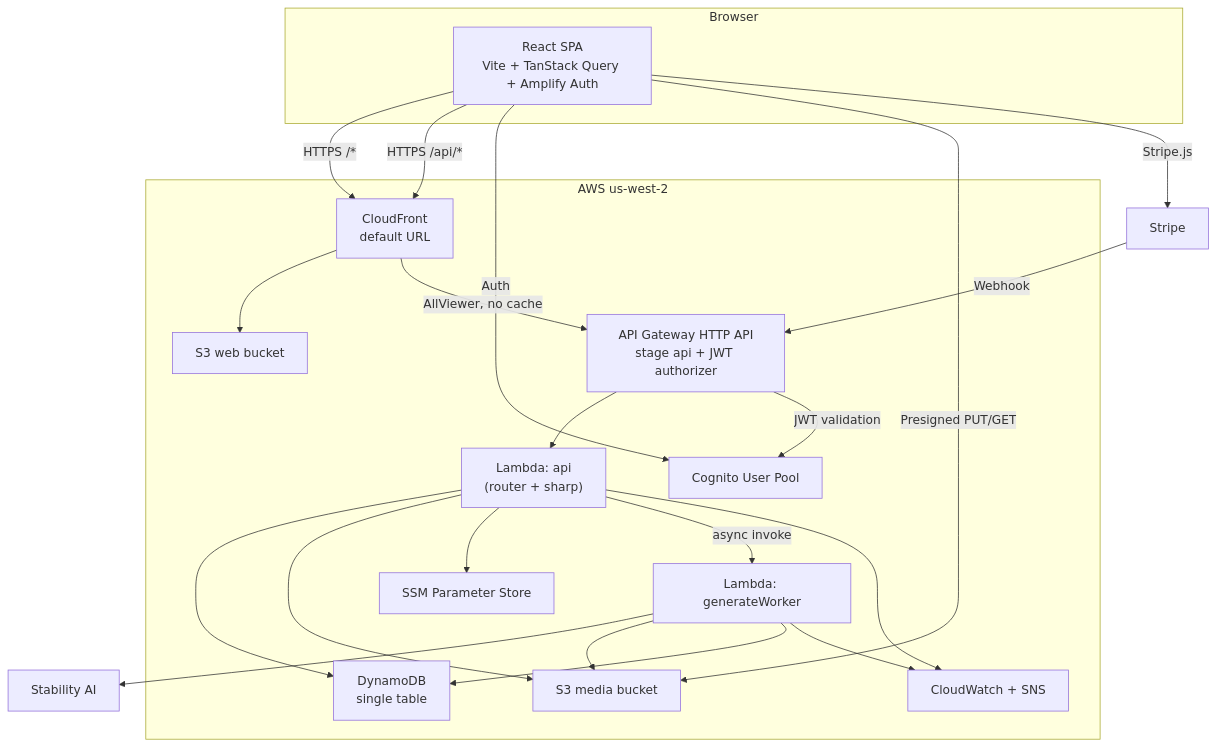
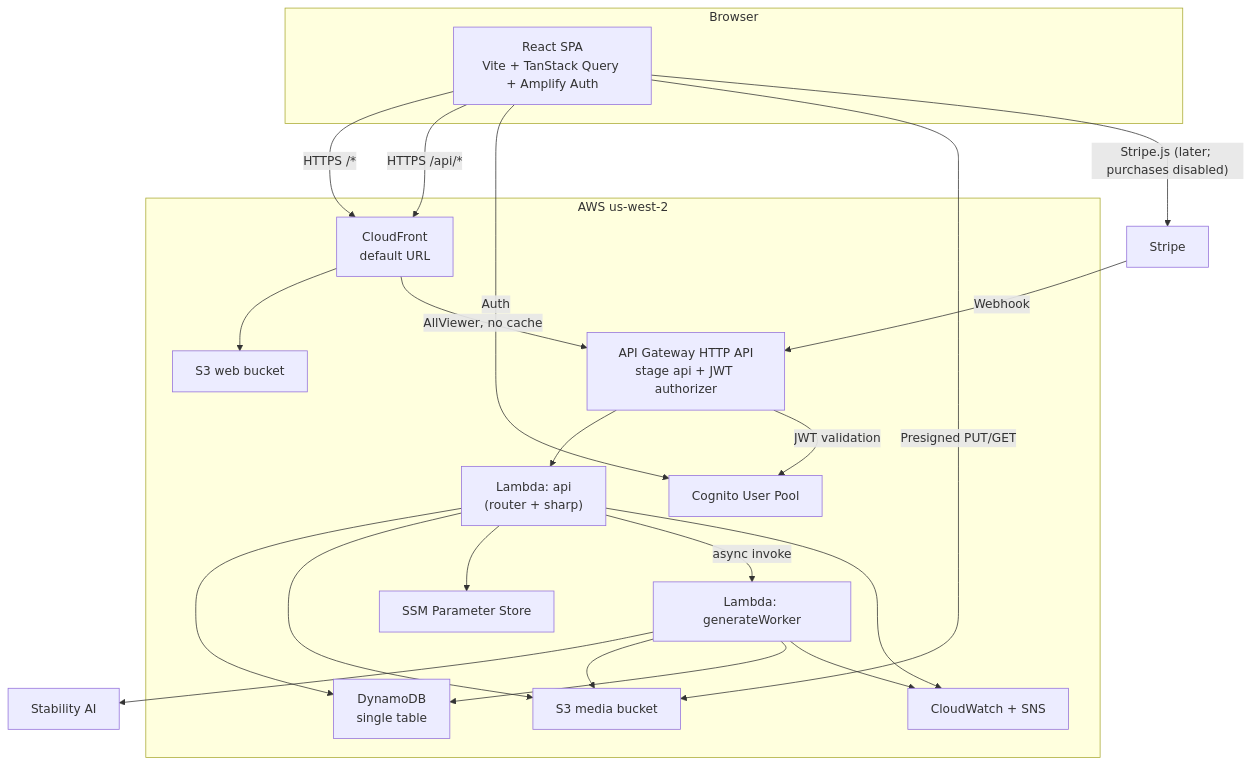
Before and after one commit to tlewismedia/aws-token-designer: the diagram in docs/PLAN.md, drawn with Mermaid. The commit also changed other lines of this file and 7 other files, not shown here.

````diff
--- a/docs/PLAN.md
+++ b/docs/PLAN.md
@@ -98,42 +98,42 @@
 ```mermaid
 flowchart TB
   subgraph Browser
     SPA["React SPA<br/>Vite + TanStack Query + Amplify Auth"]
   end
 
   subgraph AWS["AWS us-west-2"]
     CF["CloudFront<br/>default URL"]
     Web["S3 web bucket"]
     API["API Gateway HTTP API<br/>stage api + JWT authorizer"]
     ApiFn["Lambda: api<br/>(router + sharp)"]
     Worker["Lambda: generateWorker"]
     DDB["DynamoDB<br/>single table"]
     Media["S3 media bucket"]
     Cognito["Cognito User Pool"]
     SSM["SSM Parameter Store"]
     Obs["CloudWatch + SNS"]
   end
 
   Stripe["Stripe"]
   Stability["Stability AI"]
 
   SPA -->|"HTTPS /*"| CF
   CF --> Web
   SPA -->|"HTTPS /api/*"| CF
   CF -->|"AllViewer, no cache"| API
   API --> ApiFn
   ApiFn --> DDB
   ApiFn --> Media
   ApiFn --> SSM
   ApiFn -->|"async invoke"| Worker
   Worker --> Stability
   Worker --> Media
   Worker --> DDB
   SPA -->|"Auth"| Cognito
   API -->|"JWT validation"| Cognito
   SPA -->|"Presigned PUT/GET"| Media
-  SPA -->|"Stripe.js"| Stripe
+  SPA -->|"Stripe.js (later; purchases disabled)"| Stripe
   Stripe -->|"Webhook"| API
   ApiFn --> Obs
   Worker --> Obs
 ```
````
